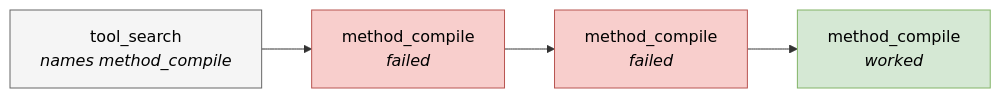
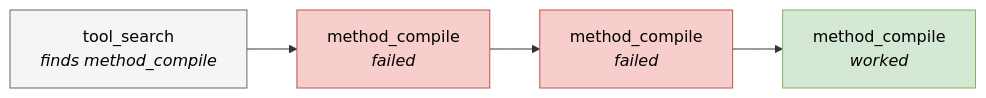
Before and after one commit to Evref-BL/evref-bl.github.io: the second of 2 diagrams in src/content/posts/pharo-agent-analytics.md, drawn with Mermaid. The commit also changed other lines of this file and 1 other file, not shown here.

````diff
--- a/src/content/posts/pharo-agent-analytics.md
+++ b/src/content/posts/pharo-agent-analytics.md
@@ -49,11 +49,11 @@
 ```mermaid
 flowchart LR
   accTitle: The life of one tool use in a session
-  search["tool_search<br/><i>names method_compile</i>"] --> f1["method_compile<br/><i>failed</i>"] --> f2["method_compile<br/><i>failed</i>"] --> ok["method_compile<br/><i>worked</i>"]
+  search["tool_search<br/><i>finds method_compile</i>"] --> f1["method_compile<br/><i>failed</i>"] --> f2["method_compile<br/><i>failed</i>"] --> ok["method_compile<br/><i>worked</i>"]
   classDef grey fill:#f5f5f5,stroke:#666666,color:#000
   classDef red fill:#f8cecc,stroke:#b85450,color:#000
   classDef green fill:#d5e8d4,stroke:#82b366,color:#000
   class search grey
   class f1,f2 red
   class ok green
 ```
````
